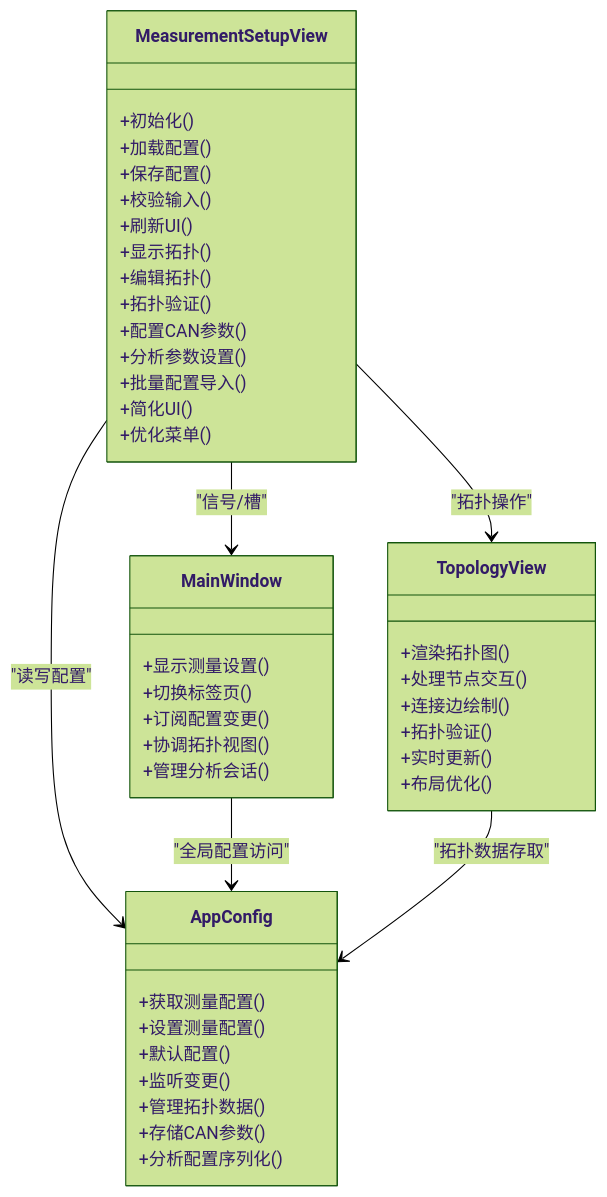
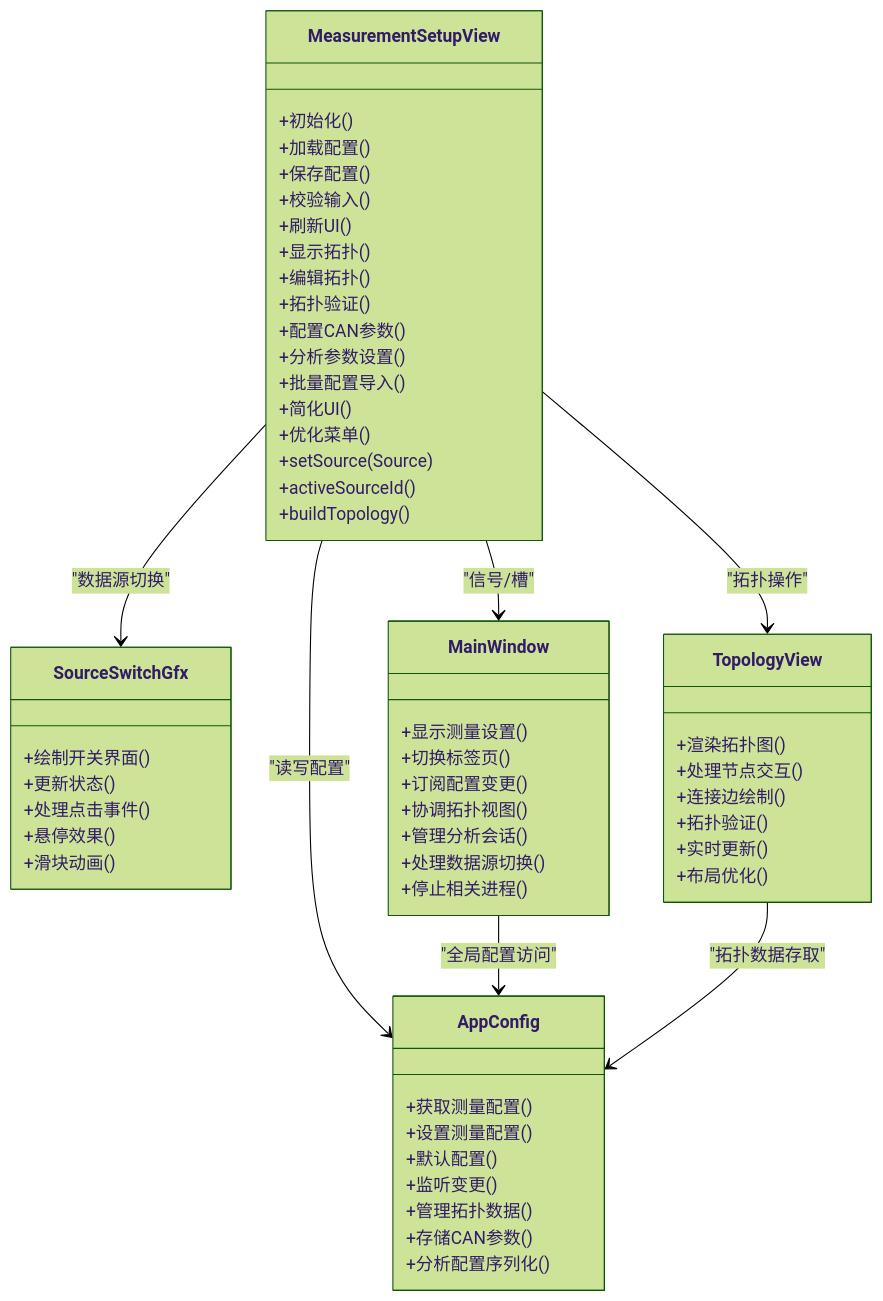
Before and after one commit to jakecai1225-design/OpenBus: the second of 9 diagrams in .qoder/repowiki/zh/content/架构设计/UI系统设计/测量设置视图组件.md, drawn with Mermaid (forest theme). The commit also changed other lines of this file and 16 other files, not shown here.

````diff
--- a/.qoder/repowiki/zh/content/架构设计/UI系统设计/测量设置视图组件.md
+++ b/.qoder/repowiki/zh/content/架构设计/UI系统设计/测量设置视图组件.md
@@ -95,47 +106,60 @@
 ```mermaid
 classDiagram
 class MeasurementSetupView {
 +初始化()
 +加载配置()
 +保存配置()
 +校验输入()
 +刷新UI()
 +显示拓扑()
 +编辑拓扑()
 +拓扑验证()
 +配置CAN参数()
 +分析参数设置()
 +批量配置导入()
 +简化UI()
 +优化菜单()
++setSource(Source)
++activeSourceId()
++buildTopology()
+}
+class SourceSwitchGfx {
++绘制开关界面()
++更新状态()
++处理点击事件()
++悬停效果()
++滑块动画()
 }
 class MainWindow {
 +显示测量设置()
 +切换标签页()
 +订阅配置变更()
 +协调拓扑视图()
 +管理分析会话()
++处理数据源切换()
++停止相关进程()
 }
 class AppConfig {
 +获取测量配置()
 +设置测量配置()
 +默认配置()
 +监听变更()
 +管理拓扑数据()
 +存储CAN参数()
 +分析配置序列化()
 }
 class TopologyView {
 +渲染拓扑图()
 +处理节点交互()
 +连接边绘制()
 +拓扑验证()
 +实时更新()
 +布局优化()
 }
 MeasurementSetupView --> MainWindow : "信号/槽"
+MeasurementSetupView --> SourceSwitchGfx : "数据源切换"
 MeasurementSetupView --> AppConfig : "读写配置"
 MeasurementSetupView --> TopologyView : "拓扑操作"
 MainWindow --> AppConfig : "全局配置访问"
-TopologyView --> AppConfig : "拓扑数据存取"
+Topolog yView --> AppConfig : "拓扑数据存取"
 ```
````
